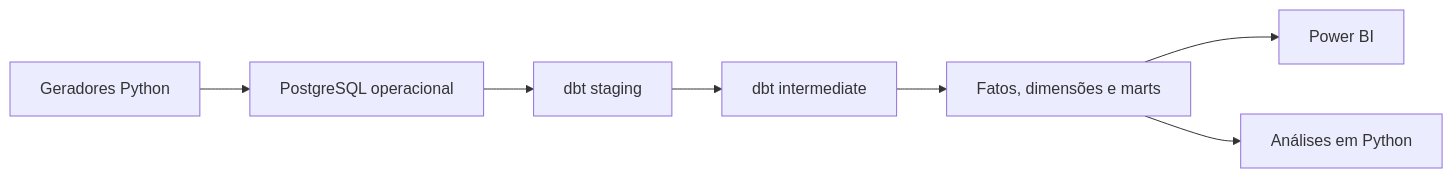
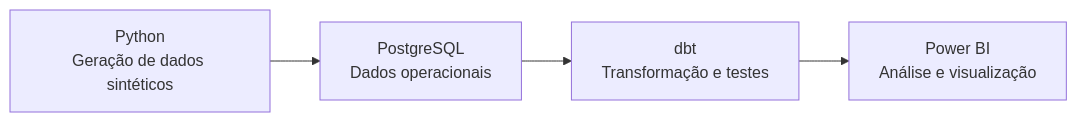
Before and after one commit to DataCM-02/Analyzing-and-Tracking-Orders: the diagram in README.md, drawn with Mermaid. The commit also changed other lines of this file and 6 other files, not shown here.

````diff
--- a/README.md
+++ b/README.md
@@ -144,9 +39,6 @@
 ```mermaid
 flowchart LR
-    A["Geradores Python"] --> B["PostgreSQL operacional"]
-    B --> C["dbt staging"]
-    C --> D["dbt intermediate"]
-    D --> E["Fatos, dimensões e marts"]
-    E --> F["Power BI"]
-    E --> G["Análises em Python"]
+    A["Python<br/>Geração de dados sintéticos"] --> B["PostgreSQL<br/>Dados operacionais"]
+    B --> C["dbt<br/>Transformação e testes"]
+    C --> D["Power BI<br/>Análise e visualização"]
 ```
````
